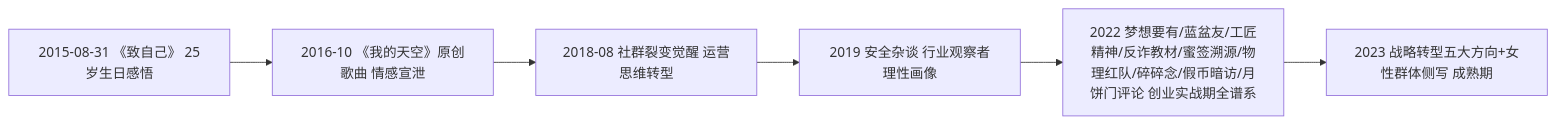
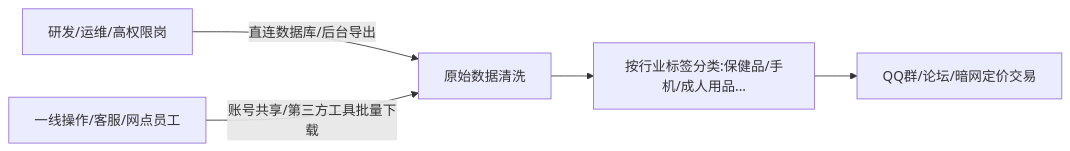
The diagram in pages/301-zai-lushang-wechat-archive-201508-202208.md (OpenDocCN1/sec-llm-wiki), drawn with Mermaid before and after one commit. The commit also changed other lines of this file, not shown here.

````diff
--- a/pages/301-zai-lushang-wechat-archive-201508-202208.md
+++ b/pages/301-zai-lushang-wechat-archive-201508-202208.md
@@ -94,8 +53,7 @@
 ```mermaid
 graph LR
-A[2015-08-31 《致自己》 25岁生日感悟] --> B[2016-10 《我的天空》原创歌曲 情感宣泄]
-B --> C[2018-08 社群裂变觉醒 运营思维转型]
-C --> D[2019 安全杂谈 行业观察者理性画像]
-D --> E[2022 梦想要有/蓝盆友/工匠精神/反诈教材/蜜签溯源/物理红队/碎碎念/假币暗访/月饼门评论 创业实战期全谱系]
-E --> F[2023 战略转型五大方向+女性群体侧写 成熟期]
+A[研发/运维/高权限岗] -->|直连数据库/后台导出| B[原始数据清洗]
+C[一线操作/客服/网点员工] -->|账号共享/第三方工具批量下载| B
+B --> C1[按行业标签分类:保健品/手机/成人用品...]
+C1 --> D[QQ群/论坛/暗网定价交易]
 ```
````
